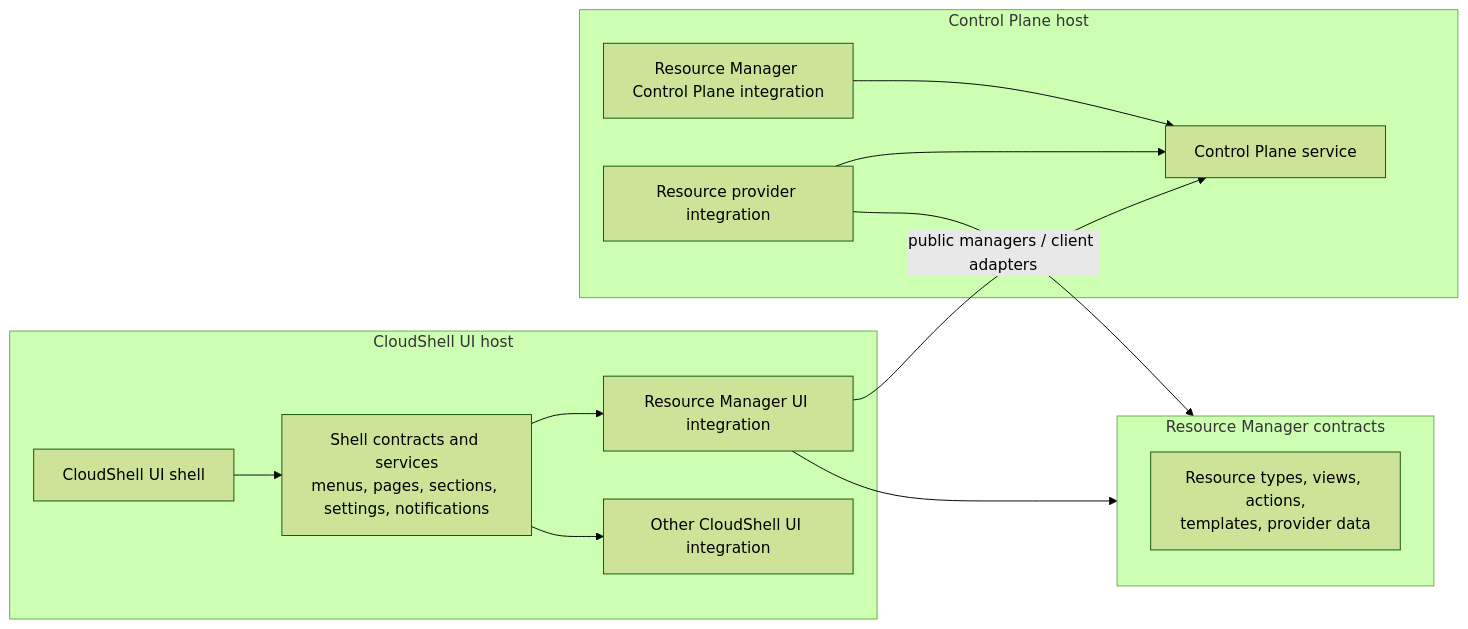
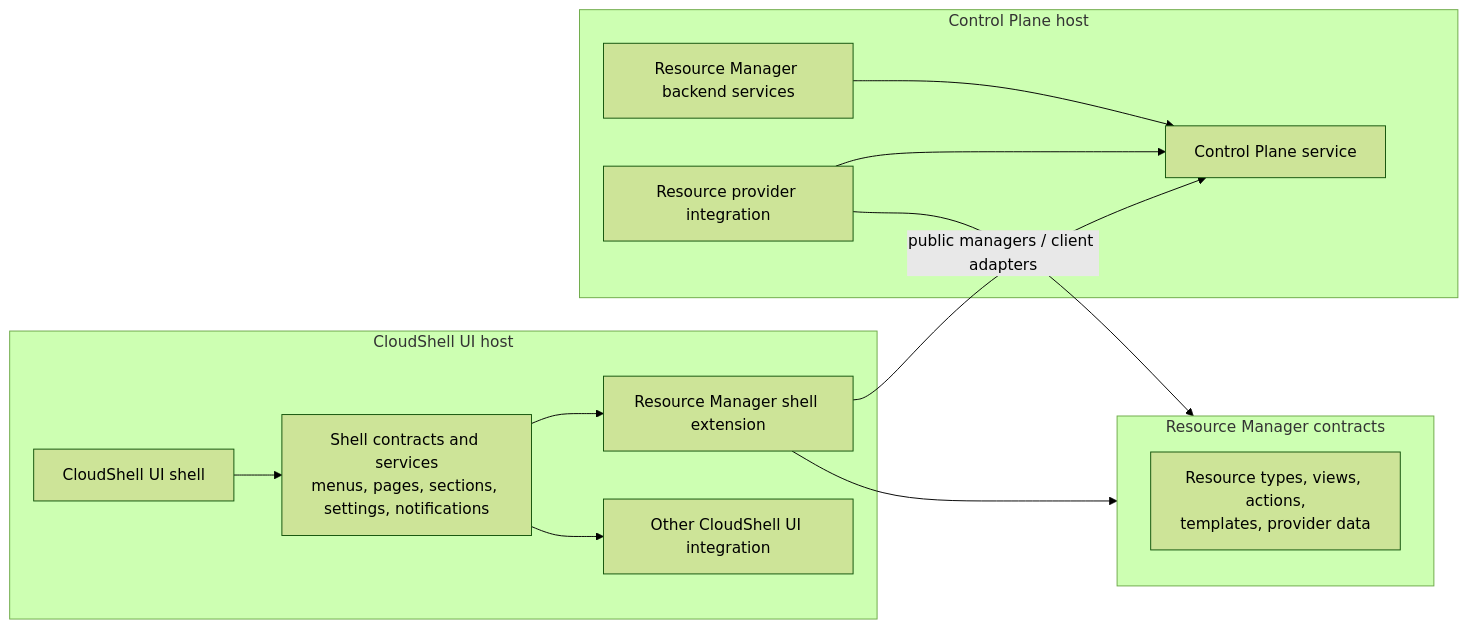
One commit to marinasundstrom/CloudShell changed the diagram in docs/architecture.md. Above: the diagram before and after it, drawn with Mermaid (forest theme). The commit also changed other lines of this file and 2 other files, not shown here.

Commit message:
Clarify Resource Manager shell and backend terms

````diff
--- a/docs/architecture.md
+++ b/docs/architecture.md
@@ -207,28 +215,28 @@
 ```mermaid
 flowchart LR
     subgraph UIHost["CloudShell UI host"]
         Shell["CloudShell UI shell"]
         ShellContracts["Shell contracts and services\nmenus, pages, sections, settings, notifications"]
-        ResourceManagerUi["Resource Manager UI integration"]
+        ResourceManagerUi["Resource Manager shell extension"]
         OtherUi["Other CloudShell UI integration"]
     end
 
     subgraph ControlPlaneHost["Control Plane host"]
         ControlPlane["Control Plane service"]
-        ResourceManagerBackend["Resource Manager Control Plane integration"]
+        ResourceManagerBackend["Resource Manager backend services"]
         ProviderBackend["Resource provider integration"]
     end
 
     subgraph ResourceManagerContracts["Resource Manager contracts"]
         ResourceManagerExtensionPoints["Resource types, views, actions,\ntemplates, provider data"]
     end
 
     Shell --> ShellContracts
     ShellContracts --> ResourceManagerUi
     ShellContracts --> OtherUi
     ResourceManagerUi --> ResourceManagerContracts
     ProviderBackend --> ResourceManagerContracts
     ResourceManagerUi -->|"public managers / client adapters"| ControlPlane
     ResourceManagerBackend --> ControlPlane
     ProviderBackend --> ControlPlane
 ```
````
